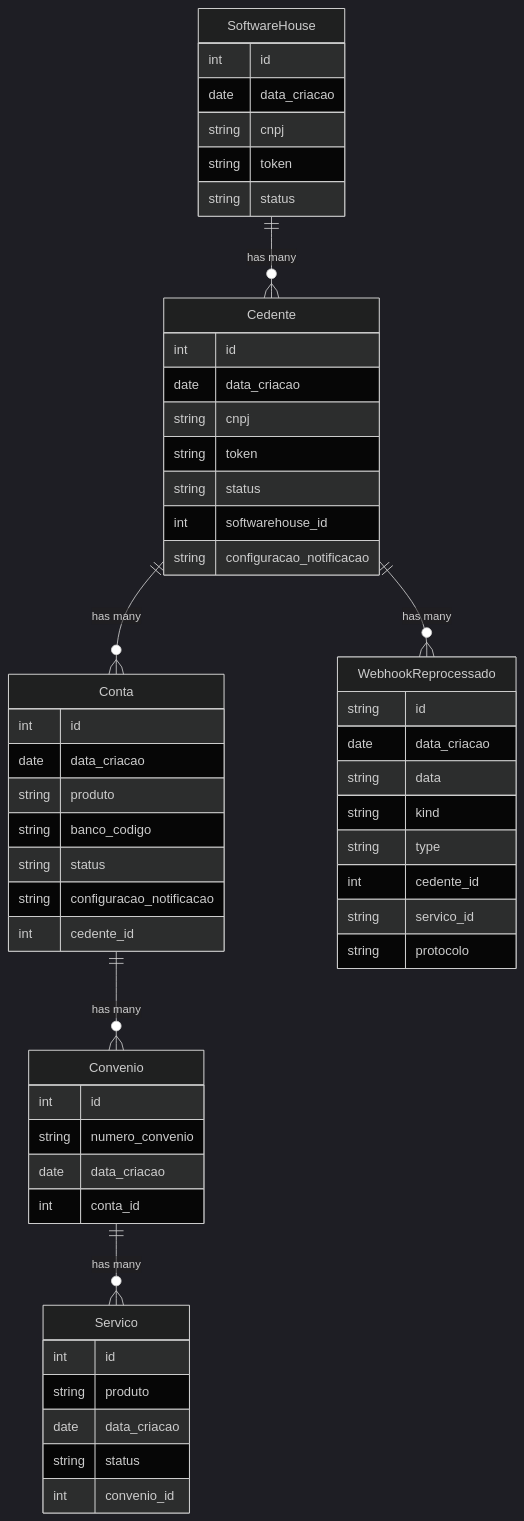
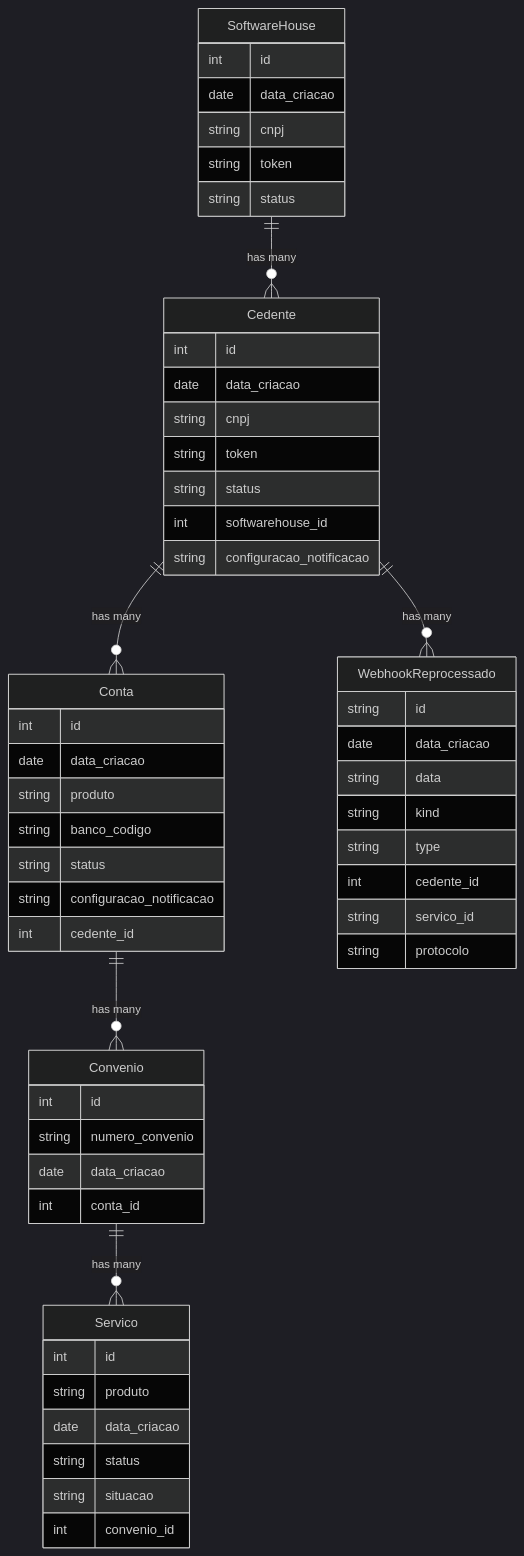
Before and after one commit to RenatoGarciaLopes/disparador_de_webhook_tecnospeed: the diagram in sequelize/README.md, drawn with Mermaid (dark theme). The commit also changed other lines of this file and 11 other files, not shown here.

````diff
--- a/sequelize/README.md
+++ b/sequelize/README.md
@@ -19,64 +19,65 @@
 ```mermaid
 erDiagram
   SoftwareHouse ||--o{ Cedente : "has many"
   Cedente       ||--o{ Conta   : "has many"
   Conta         ||--o{ Convenio: "has many"
   Convenio      ||--o{ Servico : "has many"
   Cedente       ||--o{ WebhookReprocessado : "has many"
 
   %% Nota: WebhookReprocessado.servico_id guarda IDs de Servico como JSON string (sem FK)
 
   SoftwareHouse {
     int id
     date data_criacao
     string cnpj
     string token
     string status
   }
 
   Cedente {
     int id
     date data_criacao
     string cnpj
     string token
     string status
     int softwarehouse_id
     string configuracao_notificacao
   }
 
   Conta {
     int id
     date data_criacao
     string produto
     string banco_codigo
     string status
     string configuracao_notificacao
     int cedente_id
   }
 
   Convenio {
     int id
     string numero_convenio
     date data_criacao
     int conta_id
   }
 
   Servico {
     int id
     string produto
     date data_criacao
     string status
+    string situacao
     int convenio_id
   }
 
   WebhookReprocessado {
     string id
     date data_criacao
     string data
     string kind
     string type
     int cedente_id
     string servico_id
     string protocolo
   }
 ```
````
